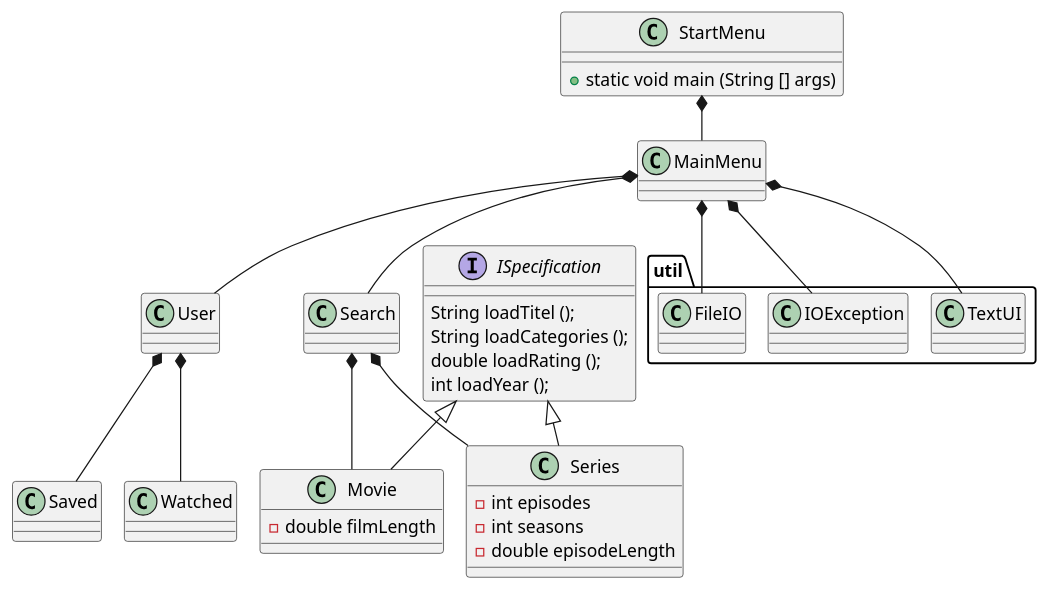
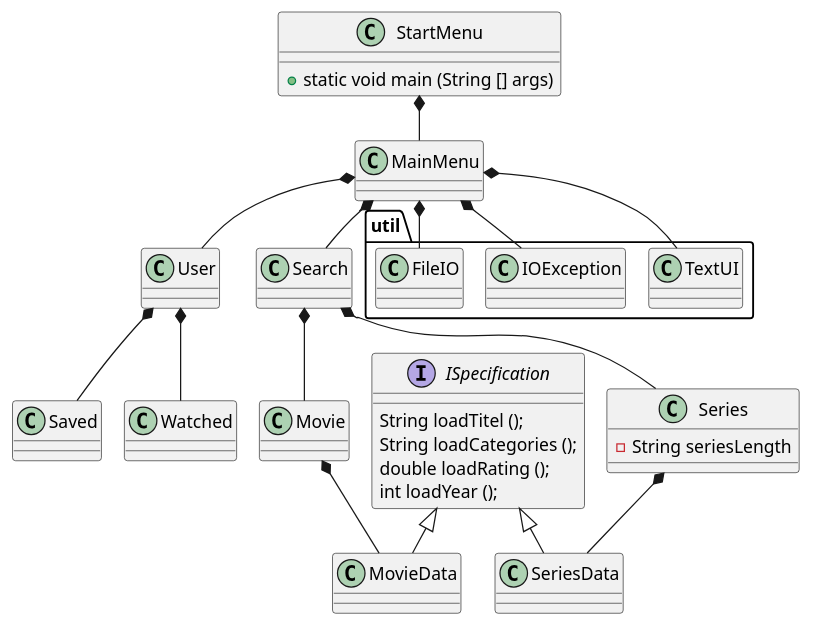
One commit to NicolineNV/SP3___Nasta_Nicoline_Christian_Sussie___Sem_1 changed the diagram in Doc/Static/ClassDiagram_v1.puml. Above: the diagram before and after it, drawn with PlantUML. The commit also changed 2 other files, not shown here.

```diff
--- a/Doc/Static/ClassDiagram_v1.puml
+++ b/Doc/Static/ClassDiagram_v1.puml
@@ -1,81 +1,89 @@
 @startuml
 !pragma layout smetana
 
 class StartMenu {
 + static void main (String [] args)
 }
 
 class MainMenu {
 
 }
 
 class User {
 }
 
 class Saved {
 
 }
 
 class Watched {
 
 }
 
 class Search {
 
 }
 
 class Movie {
-- double filmLength
+
+}
+
+class MovieData{
+
 }
 
 class Series {
-- int episodes
-- int seasons
-- double episodeLength
+- String seriesLength
+
+}
+
+class SeriesData{
+
 
 }
 
 interface ISpecification {
 String loadTitel ();
 String loadCategories ();
 double loadRating ();
 int loadYear ();
 
 }
 
 package util {
 
 class TextUI {
 
 }
 
 class IOException {
 
 }
 
 class FileIO {
 
 }
 
 }
 
-
-
 StartMenu *-- MainMenu
 
-ISpecification <|-- Series
-ISpecification <|-- Movie
+ISpecification <|-- SeriesData
+ISpecification <|-- MovieData
+
+Series *-- SeriesData
+Movie*-- MovieData
 
 MainMenu *-- User
 MainMenu *-- Search
 MainMenu *-- TextUI
 MainMenu *-- IOException
 MainMenu *-- FileIO
 
 User *-- Saved
 User *-- Watched
 
 Search *-- Movie
 Search *-- Series
 
 @enduml
```
